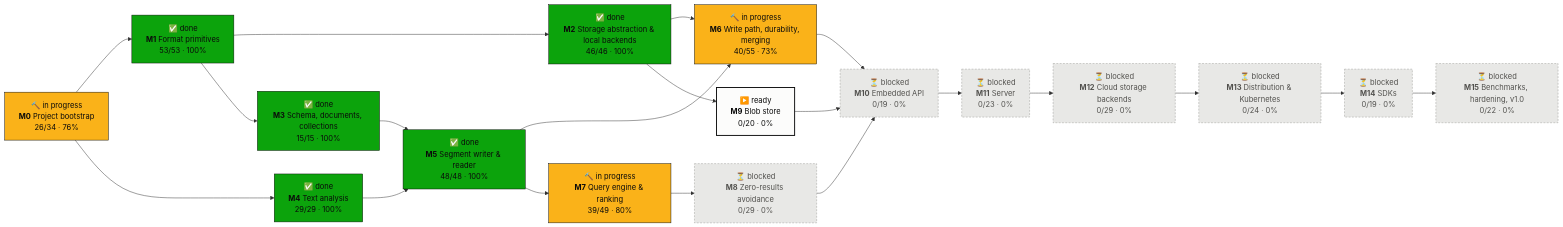
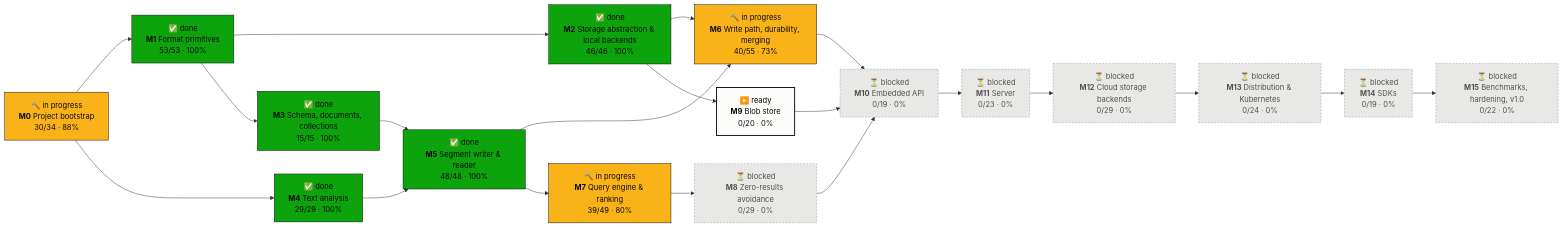
One commit to tomiok/persiaDB changed the first of 2 diagrams in PROGRESS.md. Above: the diagram before and after it, drawn with Mermaid. The commit also changed other lines of this file and 18 other files, not shown here.

First line of the commit message:
fix: review fix-ups for audit batch A (ROADMAP 0.6.1-0.6.4)

````diff
--- a/PROGRESS.md
+++ b/PROGRESS.md
@@ -16,42 +16,42 @@
 ```mermaid
 flowchart LR
-  M0["🔨 in progress<br/><b>M0</b> Project bootstrap<br/>26/34 · 76%"]:::doing
+  M0["🔨 in progress<br/><b>M0</b> Project bootstrap<br/>30/34 · 88%"]:::doing
   M1["✅ done<br/><b>M1</b> Format primitives<br/>53/53 · 100%"]:::done
   M2["✅ done<br/><b>M2</b> Storage abstraction & local backends<br/>46/46 · 100%"]:::done
   M3["✅ done<br/><b>M3</b> Schema, documents, collections<br/>15/15 · 100%"]:::done
   M4["✅ done<br/><b>M4</b> Text analysis<br/>29/29 · 100%"]:::done
   M5["✅ done<br/><b>M5</b> Segment writer & reader<br/>48/48 · 100%"]:::done
   M6["🔨 in progress<br/><b>M6</b> Write path, durability, merging<br/>40/55 · 73%"]:::doing
   M7["🔨 in progress<br/><b>M7</b> Query engine & ranking<br/>39/49 · 80%"]:::doing
   M8["⏳ blocked<br/><b>M8</b> Zero-results avoidance<br/>0/29 · 0%"]:::blocked
   M9["▶️ ready<br/><b>M9</b> Blob store<br/>0/20 · 0%"]:::ready
   M10["⏳ blocked<br/><b>M10</b> Embedded API<br/>0/19 · 0%"]:::blocked
   M11["⏳ blocked<br/><b>M11</b> Server<br/>0/23 · 0%"]:::blocked
   M12["⏳ blocked<br/><b>M12</b> Cloud storage backends<br/>0/29 · 0%"]:::blocked
   M13["⏳ blocked<br/><b>M13</b> Distribution & Kubernetes<br/>0/24 · 0%"]:::blocked
   M14["⏳ blocked<br/><b>M14</b> SDKs<br/>0/19 · 0%"]:::blocked
   M15["⏳ blocked<br/><b>M15</b> Benchmarks, hardening, v1.0<br/>0/22 · 0%"]:::blocked
   M0 --> M1
   M1 --> M2
   M1 --> M3
   M0 --> M4
   M3 --> M5
   M4 --> M5
   M2 --> M6
   M5 --> M6
   M5 --> M7
   M7 --> M8
   M2 --> M9
   M6 --> M10
   M8 --> M10
   M9 --> M10
   M10 --> M11
   M11 --> M12
   M12 --> M13
   M13 --> M14
   M14 --> M15
   classDef done fill:#0ca30c,stroke:#0b0b0b,color:#0b0b0b
   classDef doing fill:#fab219,stroke:#0b0b0b,color:#0b0b0b
   classDef ready fill:#fcfcfb,stroke:#0b0b0b,stroke-width:2px,color:#0b0b0b
   classDef blocked fill:#e8e8e6,stroke:#9a9a96,stroke-dasharray:4 3,color:#52514e
 ```
````
